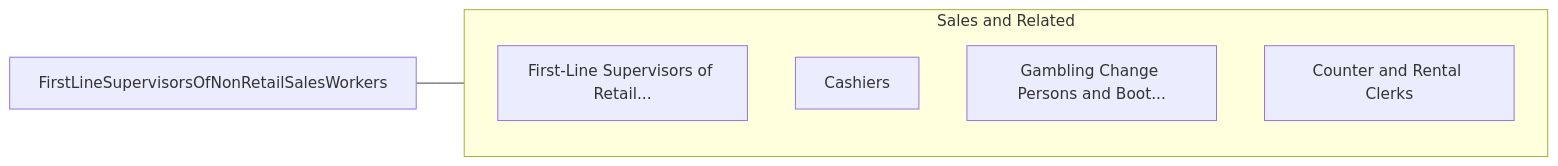
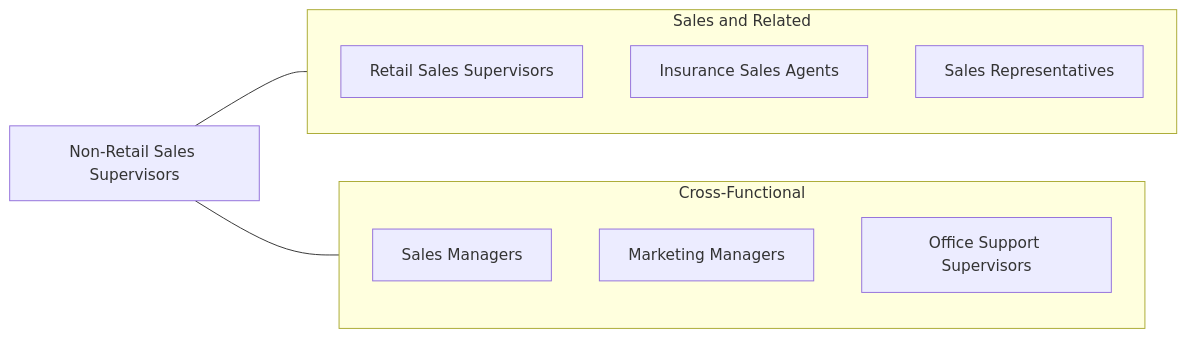
One commit to kziemski/business.org.ai changed the fourth of 4 diagrams in occupations/Sales/FirstLineSupervisorsOfNonRetailSalesWorkers.mdx. Above: the diagram before and after it, drawn with Mermaid. The commit also changed other lines of this file and 938 other files, not shown here.

````diff
--- a/occupations/Sales/FirstLineSupervisorsOfNonRetailSalesWorkers.mdx
+++ b/occupations/Sales/FirstLineSupervisorsOfNonRetailSalesWorkers.mdx
@@ -95,13 +164,19 @@
 ```mermaid
 graph LR
-    Current["FirstLineSupervisorsOfNonRetailSalesWorkers"]
+    Current["Non-Retail Sales Supervisors"]
 
     subgraph SameCategory["Sales and Related"]
-        FirstLineSupervisors["First-Line Supervisors of Retail..."]
-        Cashiers["Cashiers"]
-        GamblingChangePerson["Gambling Change Persons and Boot..."]
-        CounterAndRentalCler["Counter and Rental Clerks"]
+        RetailSup["Retail Sales Supervisors"]
+        InsuranceSales["Insurance Sales Agents"]
+        SalesReps["Sales Representatives"]
+    end
+
+    subgraph CrossFunctional["Cross-Functional"]
+        SalesMgr["Sales Managers"]
+        MarketingMgr["Marketing Managers"]
+        OfficeSup["Office Support Supervisors"]
     end
 
     Current --- SameCategory
+    Current --- CrossFunctional
 ```
````
